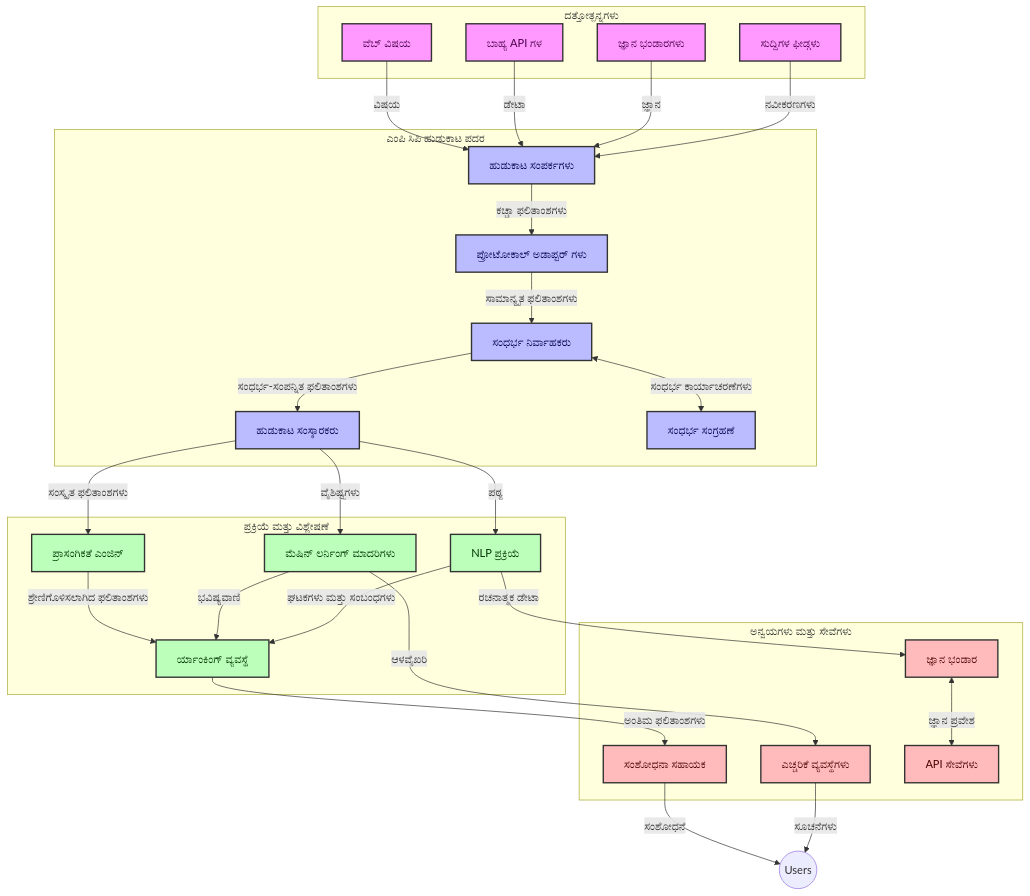
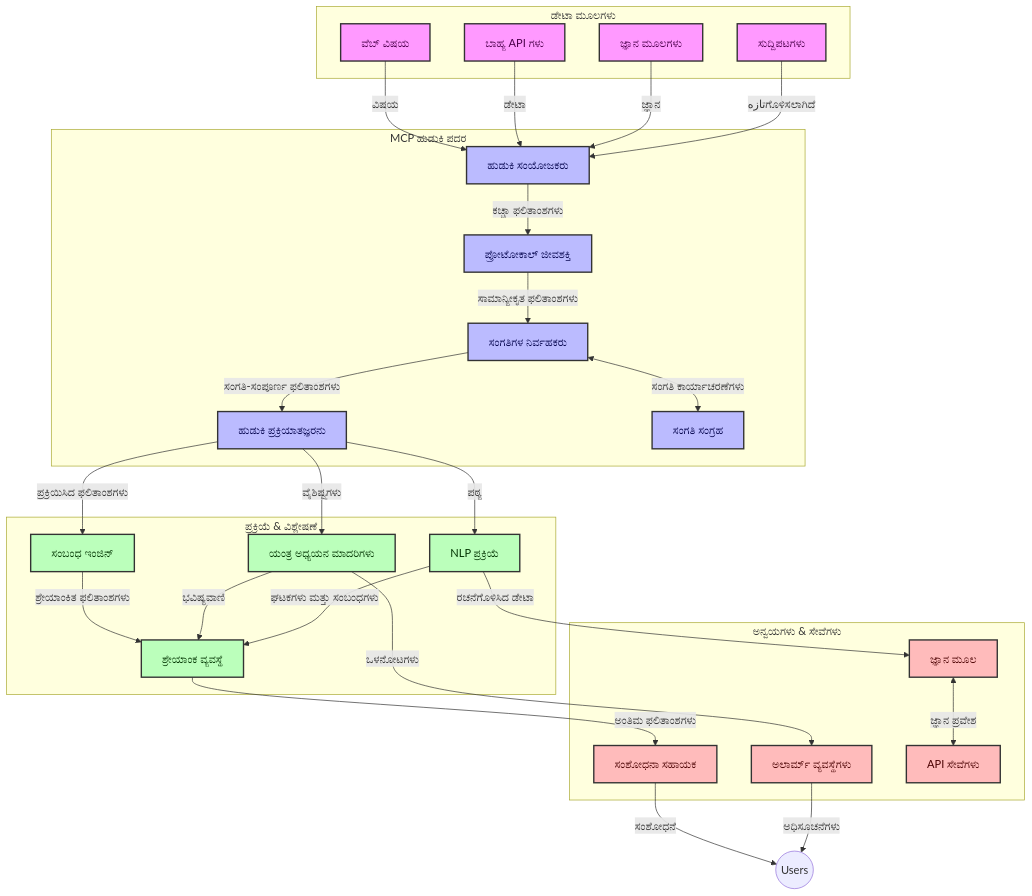
Before and after one commit to microsoft/mcp-for-beginners: the first of 4 diagrams in translations/kn/05-AdvancedTopics/mcp-realtimesearch/README.md, drawn with Mermaid. The commit also changed other lines of this file and 112 other files, not shown here.

````diff
--- a/translations/kn/05-AdvancedTopics/mcp-realtimesearch/README.md
+++ b/translations/kn/05-AdvancedTopics/mcp-realtimesearch/README.md
@@ -109,66 +109,66 @@
 ```mermaid
 graph TD
-    subgraph "ದತ್ತೋತ್ಪನ್ನಗಳು"
+    subgraph "ಡೇಟಾ ಮೂಲಗಳು"
         Web[ವೆಬ್ ವಿಷಯ]
-        APIs[ಬಾಹ್ಯ API ಗಳ]
-        DB[ಜ್ಞಾನ ಭಂಡಾರಗಳು]
-        News[ಸುದ್ದಿಗಳ ಫೀಡ್ಗಳು]
+        APIs[ಬಾಹ್ಯ API ಗಳು]
+        DB[ಜ್ಞಾನ ಮೂಲಗಳು]
+        News[ಸುದ್ದಿಪಟಗಳು]
     end
 
-    subgraph "ಎಂಪಿ ಸಿಪಿ ಹುಡುಕಾಟ ಪದರ"
-        SC[ಹುಡುಕಾಟ ಸಂಪರ್ಕಗಳು]
-        PA[ಪ್ರೋಟೋಕಾಲ್ ಅಡಾಪ್ಟರ್ ಗಳು]
-        CH[ಸಂಧರ್ಭ ನಿರ್ವಾಹಕರು]
-        SP[ಹುಡುಕಾಟ ಸಂಸ್ಕಾರಕರು]
-        CS[ಸಂಧರ್ಭ ಸಂಗ್ರಹಣೆ]
+    subgraph "MCP ಹುಡುಕಿ ಪದರ"
+        SC[ಹುಡುಕಿ ಸಂಯೋಜಕರು]
+        PA[ಪ್ರೋಟೋಕಾಲ್ ಜೀವಶಕ್ತಿ]
+        CH[ಸಂಗತಿಗಳ ನಿರ್ವಹಕರು]
+        SP[ಹುಡುಕಿ ಪ್ರಕ್ರಿಯಾತಜ್ಞರನು]
+        CS[ಸಂಗತಿ ಸಂಗ್ರಹ]
     end
 
-    subgraph "ಪ್ರಕ್ರಿಯೆ ಮತ್ತು ವಿಶ್ಲೇಷಣೆ"
-        RE[ಪ್ರಾಸಂಗಿಕತೆ ಎಂಜಿನ್]
-        ML[ಮೆಷಿನ್ ಲರ್ನಿಂಗ್ ಮಾದರಿಗಳು]
+    subgraph "ಪ್ರಕ್ರಿಯೆ & ವಿಶ್ಲೇಷಣೆ"
+        RE[ಸಂಬಂಧ ಇಂಜಿನ್]
+        ML[ಯಂತ್ರ ಅಧ್ಯಯನ ಮಾದರಿಗಳು]
         NLP[NLP ಪ್ರಕ್ರಿಯೆ]
-        Rank[ರ್ಯಾಂಕಿಂಗ್ ವ್ಯವಸ್ಥೆ]
+        Rank[ಶ್ರೇಯಾಂಕ ವ್ಯವಸ್ಥೆ]
     end
 
-    subgraph "ಅನ್ವಯಗಳು ಮತ್ತು ಸೇವೆಗಳು"
+    subgraph "ಅನ್ವಯಗಳು & ಸೇವೆಗಳು"
         RA[ಸಂಶೋಧನಾ ಸಹಾಯಕ]
-        Alerts[ಎಚ್ಚರಿಕೆ ವ್ಯವಸ್ಥೆಗಳು]
-        KB[ಜ್ಞಾನ ಭಂಡಾರ]
+        Alerts[ಅಲಾರ್ಮ್ ವ್ಯವಸ್ಥೆಗಳು]
+        KB[ಜ್ಞಾನ ಮೂಲ]
         API[API ಸೇವೆಗಳು]
     end
 
     Web -->|ವಿಷಯ| SC
     APIs -->|ಡೇಟಾ| SC
     DB -->|ಜ್ಞಾನ| SC
-    News -->|ನವೀಕರಣಗಳು| SC
+    News -->|تازهಗೊಳಿಸಲಾಗಿದೆ| SC
     
     SC -->|ಕಚ್ಚಾ ಫಲಿತಾಂಶಗಳು| PA
-    PA -->|ಸಾಮಾನ್ಯೃತ ಫಲಿತಾಂಶಗಳು| CH
-    CH <-->|ಸಂಧರ್ಭ ಕಾರ್ಯಾಚರಣೆಗಳು| CS
-    CH -->|ಸಂಧರ್ಭ-ಸಂಪನ್ನಿತ ಫಲಿತಾಂಶಗಳು| SP
-    SP -->|ಸಂಸ್ಕೃತ ಫಲಿತಾಂಶಗಳು| RE
+    PA -->|ಸಾಮಾನ್ಯೀಕೃತ ಫಲಿತಾಂಶಗಳು| CH
+    CH <-->|ಸಂಗತಿ ಕಾರ್ಯಾಚರಣೆಗಳು| CS
+    CH -->|ಸಂಗತಿ-ಸಂಪೂರ್ಣ ಫಲಿತಾಂಶಗಳು| SP
+    SP -->|ಪ್ರಕ್ರಿಯಿಸಿದ ಫಲಿತಾಂಶಗಳು| RE
     SP -->|ವೈಶಿಷ್ಟ್ಯಗಳು| ML
     SP -->|ಪಠ್ಯ| NLP
     
-    RE -->|ಶ್ರೇಣಿಗೊಳಿಸಲಾಗಿದ ಫಲಿತಾಂಶಗಳು| Rank
+    RE -->|ಶ್ರೇಯಾಂಕಿತ ಫಲಿತಾಂಶಗಳು| Rank
     ML -->|ಭವಿಷ್ಯವಾಣಿ| Rank
     NLP -->|ಘಟಕಗಳು ಮತ್ತು ಸಂಬಂಧಗಳು| Rank
     
     Rank -->|ಅಂತಿಮ ಫಲಿತಾಂಶಗಳು| RA
-    ML -->|ಆಳವೈಖರಿ| Alerts
-    NLP -->|ರಚನಾತ್ಮಕ ಡೇಟಾ| KB
+    ML -->|ಒಳನೋಟಗಳು| Alerts
+    NLP -->|ರಚನೆಗೊಳಿಸಿದ ಡೇಟಾ| KB
     
     RA -->|ಸಂಶೋಧನೆ| Users((Users))
-    Alerts -->|ಸೂಚನೆಗಳು| Users
+    Alerts -->|ಅಧಿಸೂಚನೆಗಳು| Users
     KB <-->|ಜ್ಞಾನ ಪ್ರವೇಶ| API
 
     classDef sources fill:#f9f,stroke:#333,stroke-width:2px,color:#4a004a
     classDef mcp fill:#bbf,stroke:#333,stroke-width:2px,color:#00004a
     classDef processing fill:#bfb,stroke:#333,stroke-width:2px,color:#003300
     classDef apps fill:#fbb,stroke:#333,stroke-width:2px,color:#4a0000
     
     class Web,APIs,DB,News sources
     class SC,PA,CH,SP,CS mcp
     class RE,ML,NLP,Rank processing
     class RA,Alerts,KB,API apps
 ```
````
